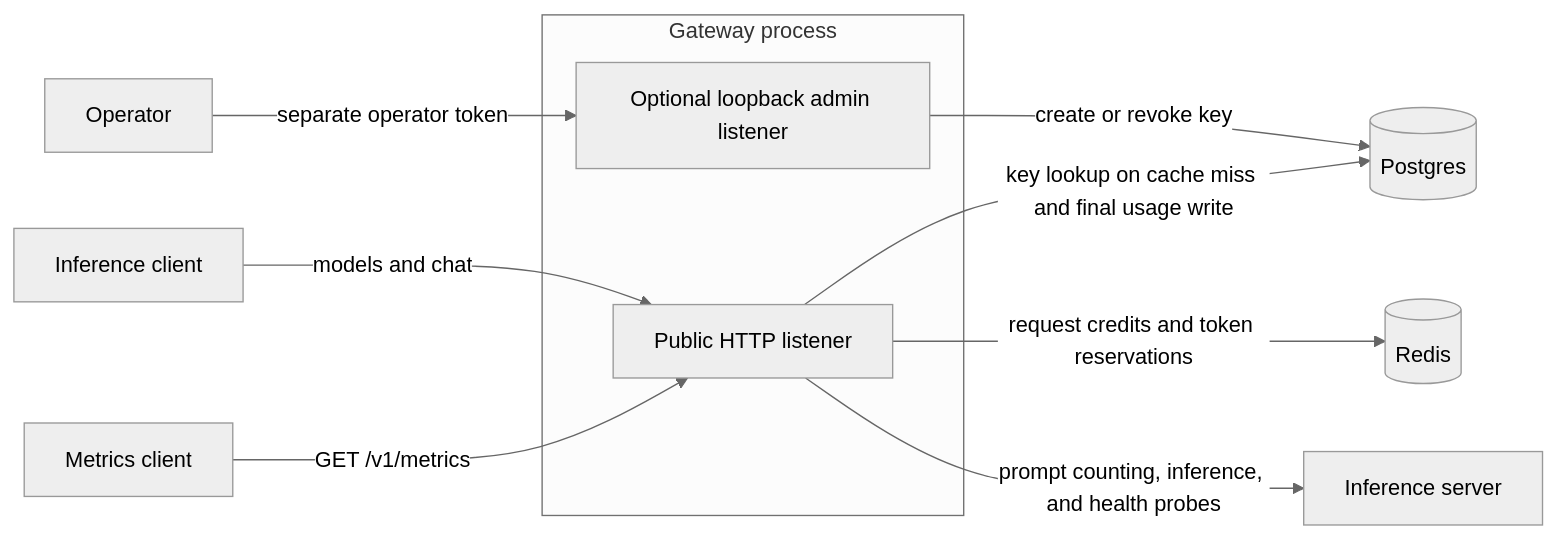
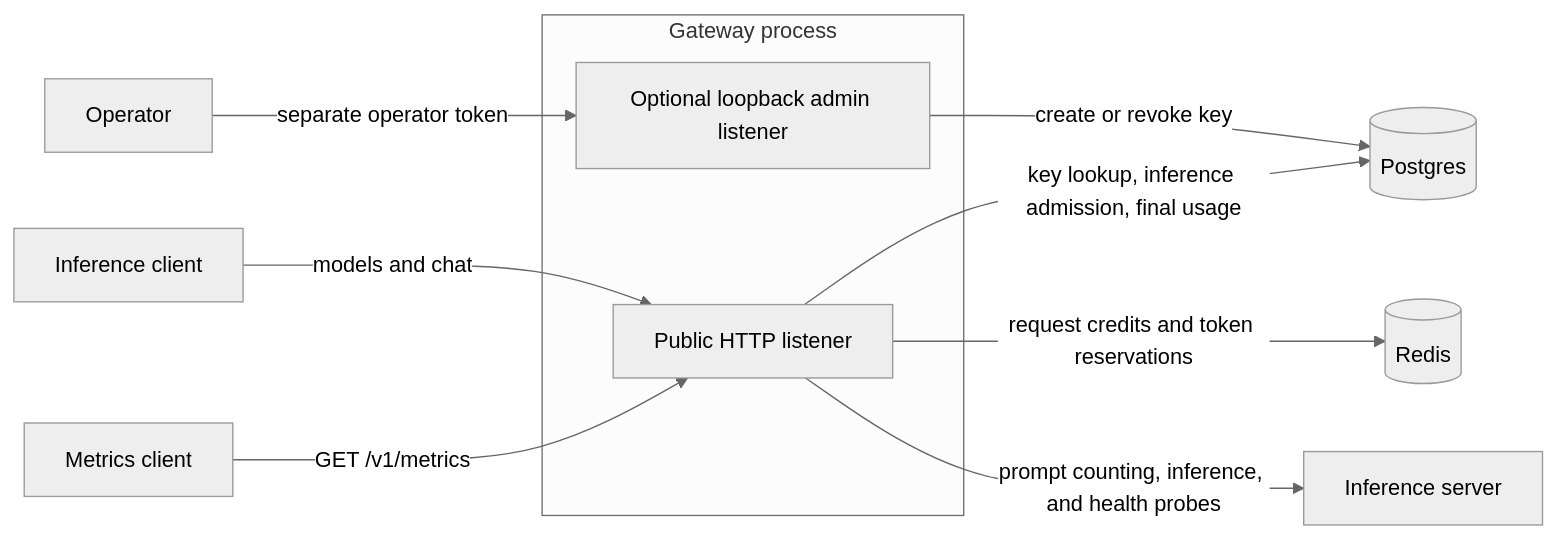
The diagram in README.md (TheRealShek/llmgate), drawn with Mermaid (neutral theme) before and after one commit. The commit also changed other lines of this file and 23 other files, not shown here.

Commit message:
Persist inference admission before generation

````diff
--- a/README.md
+++ b/README.md
@@ -38,14 +38,14 @@
 ```mermaid
 flowchart LR
     Client[Inference client] -->|models and chat| Public
     Operator[Operator] -->|separate operator token| Admin
     Scraper[Metrics client] -->|GET /v1/metrics| Public
     subgraph Gateway[Gateway process]
         Public[Public HTTP listener]
         Admin[Optional loopback admin listener]
     end
-    Public -->|key lookup on cache miss and final usage write| PG[(Postgres)]
+    Public -->|key lookup, inference admission, final usage| PG[(Postgres)]
     Admin -->|create or revoke key| PG
     Public -->|request credits and token reservations| Redis[(Redis)]
     Public -->|prompt counting, inference, and health probes| Backend[Inference server]
 ```
````
